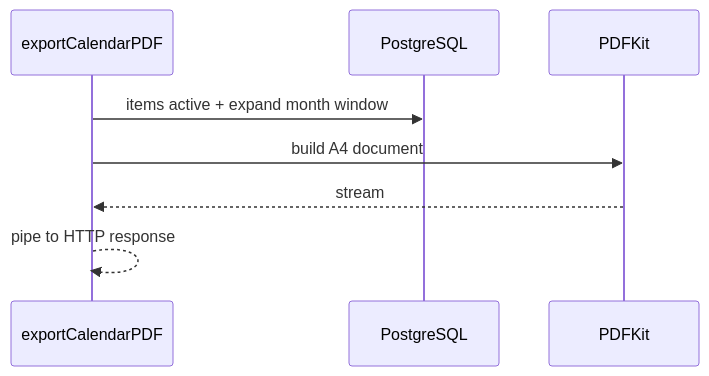
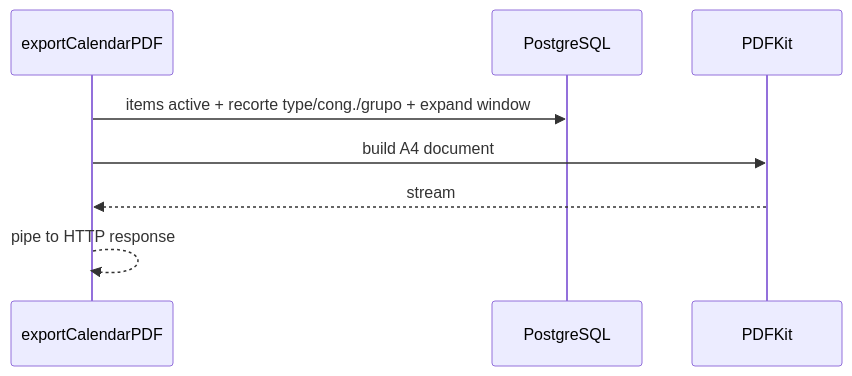
Before and after one commit to vinic-asouza/flock: the fifth of 6 diagrams in docs/04_modulos/calendario.md, drawn with Mermaid. The commit also changed other lines of this file and 3 other files, not shown here.

````diff
--- a/docs/04_modulos/calendario.md
+++ b/docs/04_modulos/calendario.md
@@ -444,10 +447,10 @@
 ```mermaid
 sequenceDiagram
   participant API as exportCalendarPDF
   participant DB as PostgreSQL
   participant PDF as PDFKit
-  API->>DB: items active + expand month window
+  API->>DB: items active + recorte type/cong./grupo + expand window
   API->>PDF: build A4 document
   PDF-->>API: stream
   API-->>API: pipe to HTTP response
 ```
````
